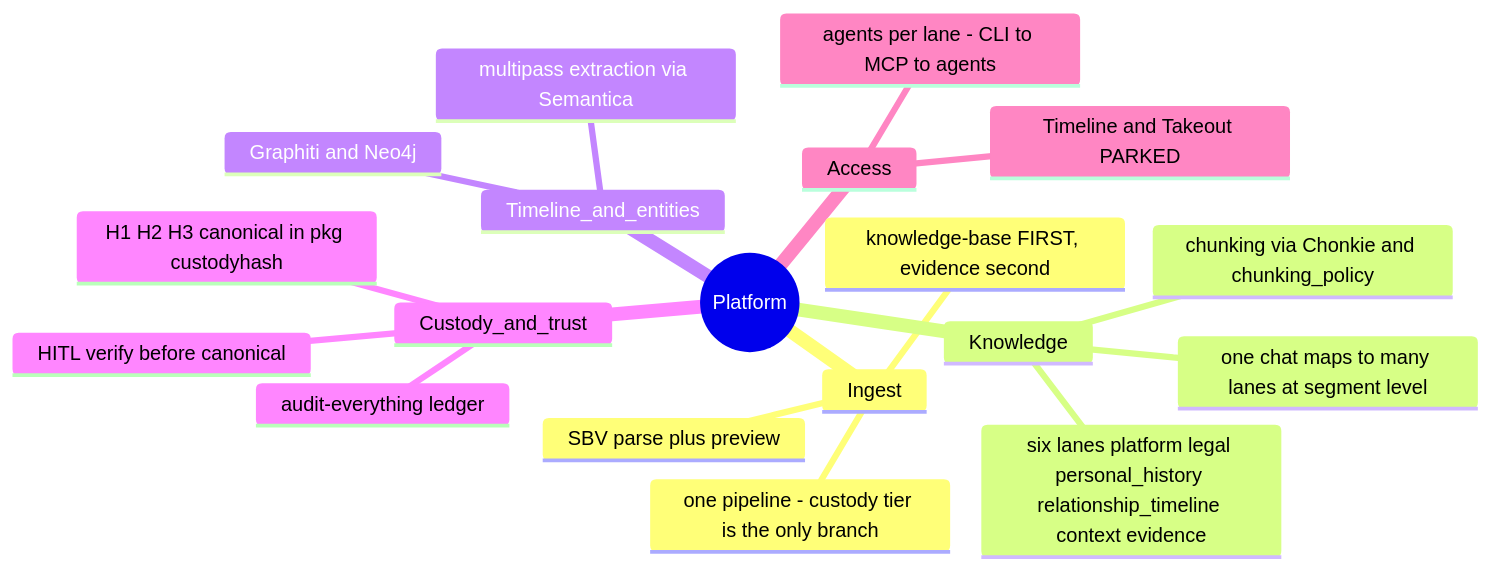
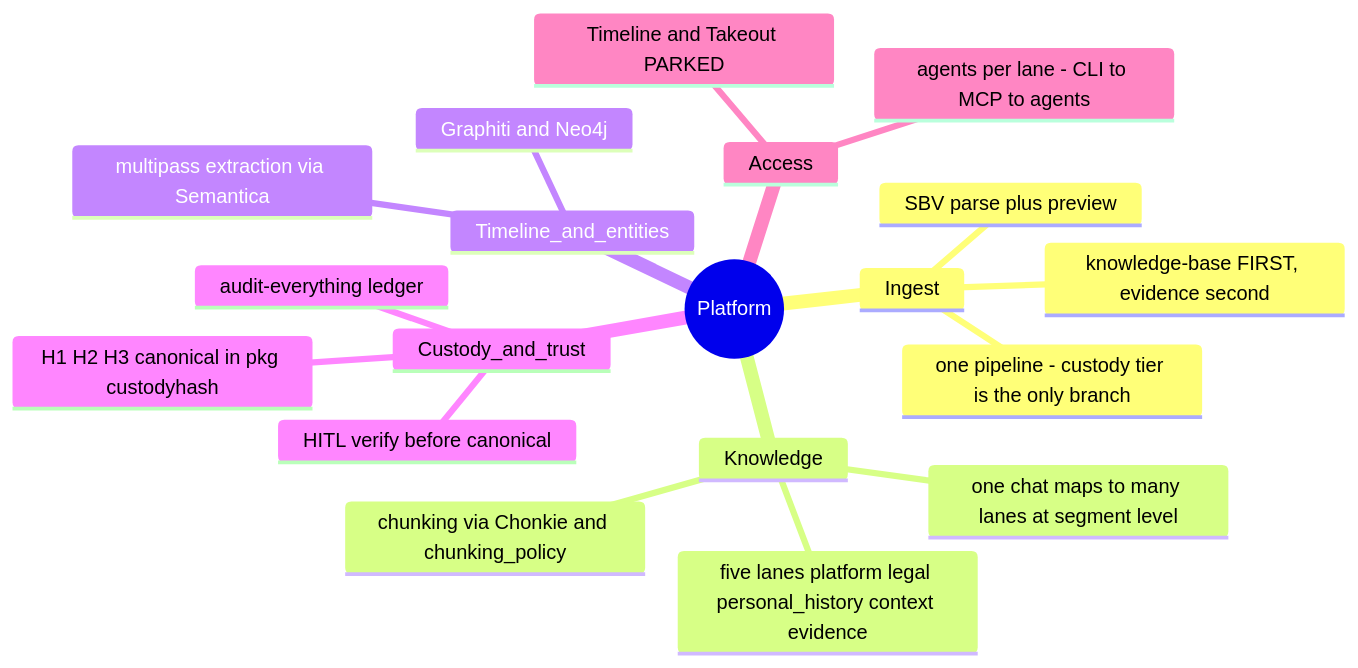
The second of 3 diagrams in docs/blueprint/features.md (Cursedpotential/mcp-platform-agno-mvp), drawn with Mermaid before and after one commit. The commit also changed other lines of this file and 48 other files, not shown here.

````diff
--- a/docs/blueprint/features.md
+++ b/docs/blueprint/features.md
@@ -30,22 +31,22 @@
 ```mermaid
 mindmap
   root((Platform))
     Ingest
       SBV parse plus preview
       one pipeline - custody tier is the only branch
       knowledge-base FIRST, evidence second
     Knowledge
-      six lanes platform legal personal_history relationship_timeline context evidence
+      five lanes platform legal personal_history context evidence
       one chat maps to many lanes at segment level
       chunking via Chonkie and chunking_policy
     Timeline_and_entities
       Graphiti and Neo4j
       multipass extraction via Semantica
     Custody_and_trust
       H1 H2 H3 canonical in pkg custodyhash
       HITL verify before canonical
       audit-everything ledger
     Access
       agents per lane - CLI to MCP to agents
       Timeline and Takeout PARKED
 ```
````
